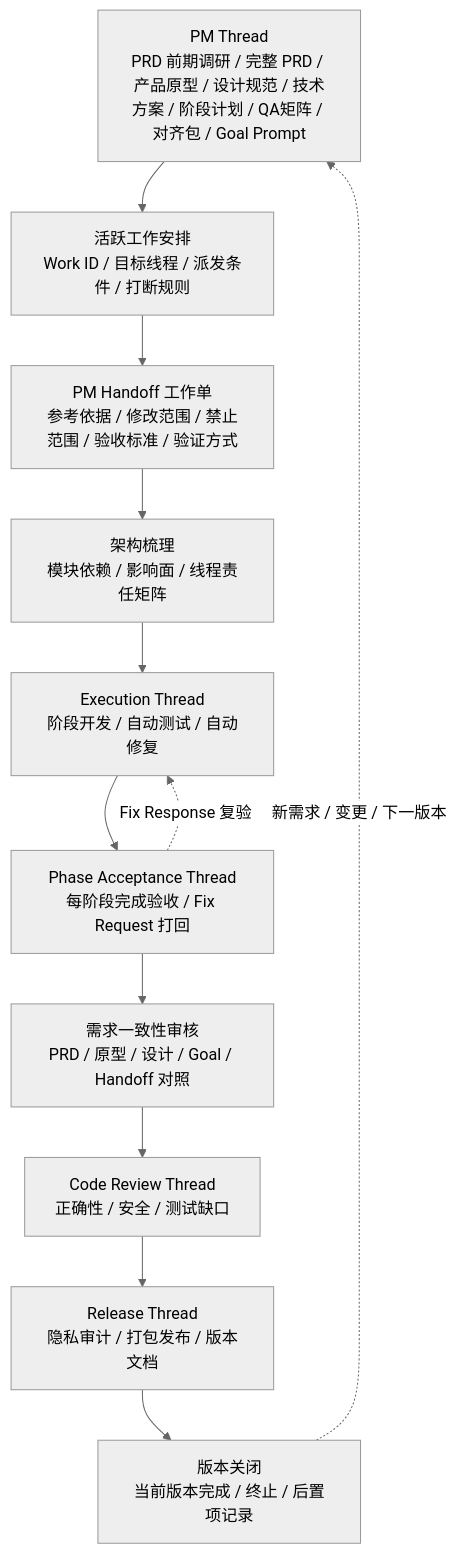
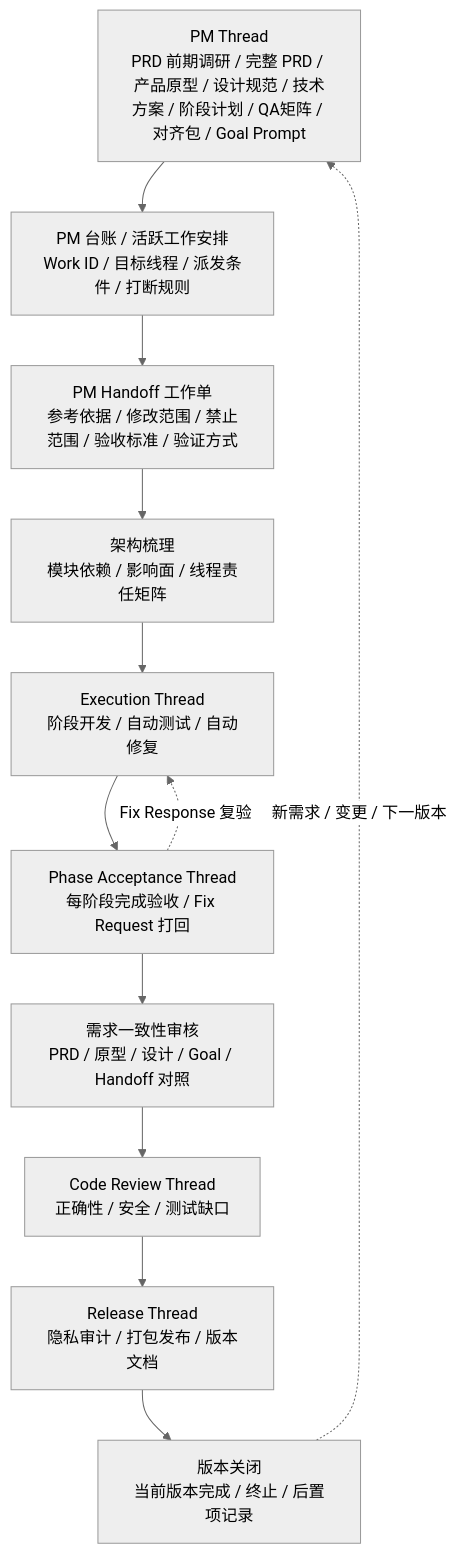
One commit to btcys/chengying-codex-skill-pack changed the second of 3 diagrams in README.md. Above: the diagram before and after it, drawn with Mermaid (neutral theme). The commit also changed other lines of this file and 9 other files, not shown here.

````diff
--- a/README.md
+++ b/README.md
@@ -107,14 +107,14 @@
 ```mermaid
 flowchart TB
-  PM[PM Thread<br/>PRD 前期调研 / 完整 PRD / 产品原型 / 设计规范 / 技术方案 / 阶段计划 / QA矩阵 / 对齐包 / Goal Prompt] --> Work[活跃工作安排<br/>Work ID / 目标线程 / 派发条件 / 打断规则]
+  PM[PM Thread<br/>PRD 前期调研 / 完整 PRD / 产品原型 / 设计规范 / 技术方案 / 阶段计划 / QA矩阵 / 对齐包 / Goal Prompt] --> Work[PM 台账 / 活跃工作安排<br/>Work ID / 目标线程 / 派发条件 / 打断规则]
   Work --> Handoff[PM Handoff 工作单<br/>参考依据 / 修改范围 / 禁止范围 / 验收标准 / 验证方式]
   Handoff --> Arch[架构梳理<br/>模块依赖 / 影响面 / 线程责任矩阵]
   Arch --> Exec[Execution Thread<br/>阶段开发 / 自动测试 / 自动修复]
   Exec --> PhaseAccept[Phase Acceptance Thread<br/>每阶段完成验收 / Fix Request 打回]
   PhaseAccept -. Fix Response 复验 .-> Exec
   PhaseAccept --> Accept[需求一致性审核<br/>PRD / 原型 / 设计 / Goal / Handoff 对照]
   Accept --> Review[Code Review Thread<br/>正确性 / 安全 / 测试缺口]
   Review --> Release[Release Thread<br/>隐私审计 / 打包发布 / 版本文档]
   Release --> Close[版本关闭<br/>当前版本完成 / 终止 / 后置项记录]
   Close -. 新需求 / 变更 / 下一版本 .-> PM
 ```
````
